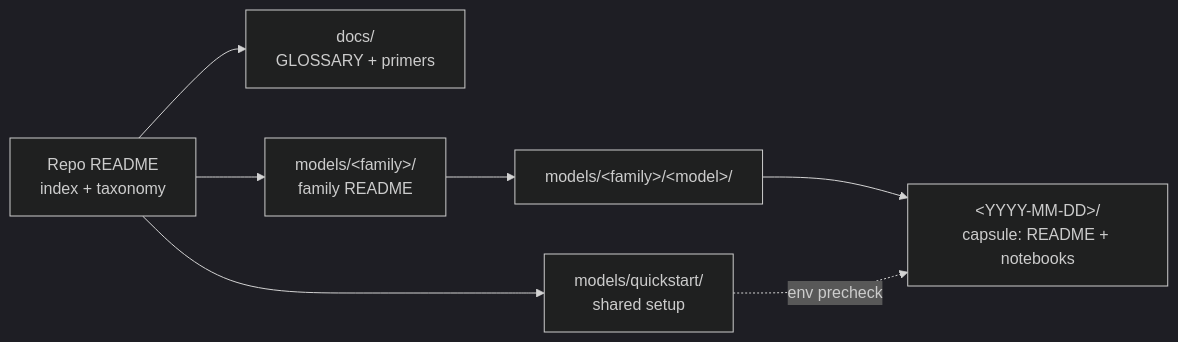
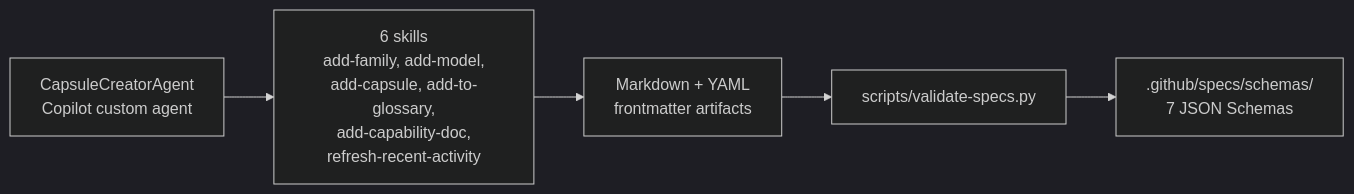
The diagram in README.md (microsoft-foundry/model-releases), drawn with Mermaid (dark theme) before and after one commit. The commit also changed other lines of this file, not shown here.

Commit message:
README: focus on learners; move architecture diagram to Contributors section

````diff
--- a/README.md
+++ b/README.md
@@ -35,9 +103,7 @@
 ```mermaid
 flowchart LR
-    R[Repo README<br/>index + taxonomy] --> D[docs/<br/>GLOSSARY + primers]
-    R --> Q[models/quickstart/<br/>shared setup]
-    R --> F[models/&lt;family&gt;/<br/>family README]
-    F --> M[models/&lt;family&gt;/&lt;model&gt;/]
-    M --> C[&lt;YYYY-MM-DD&gt;/<br/>capsule: README + notebooks]
-    Q -.env precheck.-> C
+    A[CapsuleCreatorAgent<br/>Copilot custom agent] --> S[6 skills<br/>add-family, add-model,<br/>add-capsule, add-to-glossary,<br/>add-capability-doc,<br/>refresh-recent-activity]
+    S --> M[Markdown + YAML<br/>frontmatter artifacts]
+    M --> V[scripts/validate-specs.py]
+    V --> X[.github/specs/schemas/<br/>7 JSON Schemas]
 ```
````
